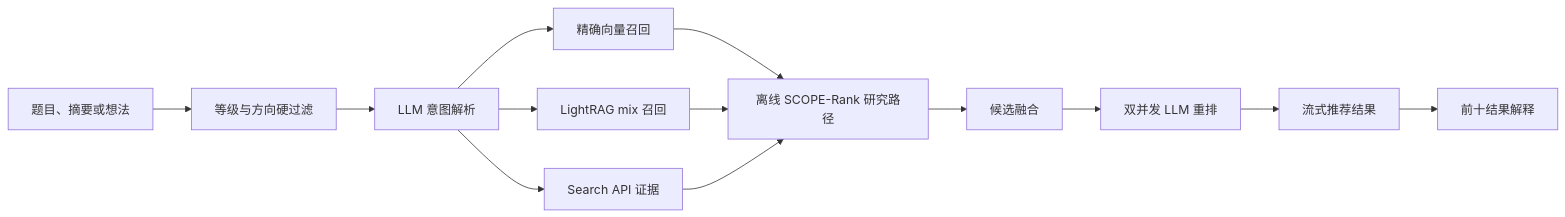
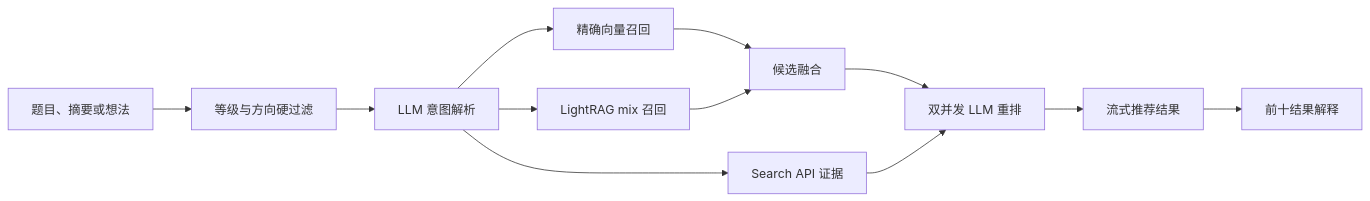
Before and after one commit to rudykon/Where_Papers_Go: the diagram in README_zh.md, drawn with Mermaid. The commit also changed other lines of this file and 15 other files, not shown here.

````diff
--- a/README_zh.md
+++ b/README_zh.md
@@ -100,15 +189,14 @@
 ```mermaid
 flowchart LR
     Q[题目、摘要或想法] --> F[等级与方向硬过滤]
     F --> I[LLM 意图解析]
     I --> V[精确向量召回]
     I --> G[LightRAG mix 召回]
     I --> S[Search API 证据]
-    V --> A[离线 SCOPE-Rank 研究路径]
-    G --> A
-    S --> A
-    A --> M[候选融合]
+    V --> M[候选融合]
+    G --> M
     M --> R[双并发 LLM 重排]
+    S --> R
     R --> O[流式推荐结果]
     O --> E[前十结果解释]
 ```
````
